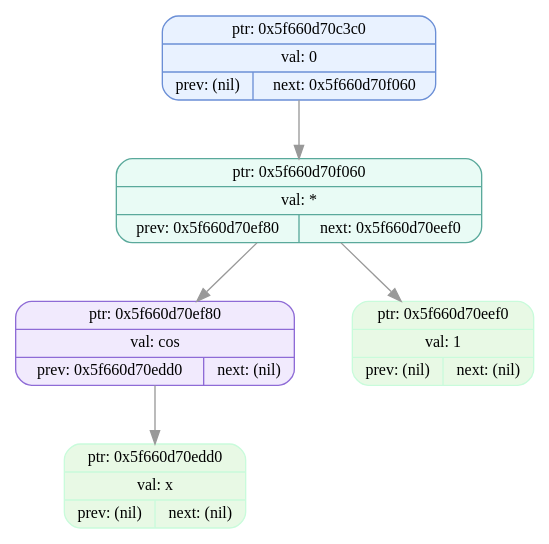
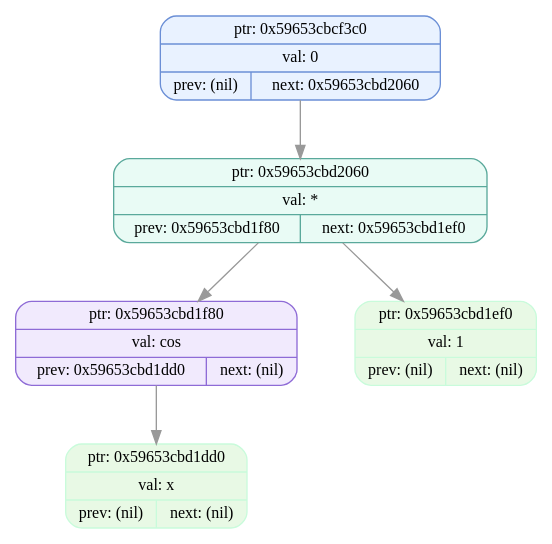
The diagram in dumps/tree_dump_010.dot (EvilTomato9890/Difference), drawn with Graphviz before and after one commit. The commit also changed 39 other files, not shown here.

```diff
--- a/dumps/tree_dump_010.dot
+++ b/dumps/tree_dump_010.dot
@@ -1,13 +1,13 @@
 digraph T{
   node [fontname="Fira Mono",shape=record,style="filled,rounded",fontsize=12];
   graph [splines=true, nodesep=0.6, ranksep=0.6];
-  node_0x5f660d70c3c0[shape=record,label="{ {ptr: 0x5f660d70c3c0} | {val: 0} | { prev: (nil) | next: 0x5f660d70f060 } }",color="#6b8fd6",fillcolor="#e9f2ff"];
-  node_0x5f660d70f060[shape=record,label="{ {ptr: 0x5f660d70f060} | {val: *} | { prev: 0x5f660d70ef80 | next: 0x5f660d70eef0 } }",color="#5aa99b",fillcolor="#e9fbf5"];
-  node_0x5f660d70ef80[shape=record,label="{ {ptr: 0x5f660d70ef80} | {val: cos} | { prev: 0x5f660d70edd0 | next: (nil) } }",color="#8e6bd6",fillcolor="#f1eafd"];
-  node_0x5f660d70edd0[shape=record,label="{ {ptr: 0x5f660d70edd0} | {val: x} | { prev: (nil) | next: (nil) } }",color="#c9fbdbff",fillcolor="#e8f9e5ff"];
-  node_0x5f660d70eef0[shape=record,label="{ {ptr: 0x5f660d70eef0} | {val: 1} | { prev: (nil) | next: (nil) } }",color="#c9fbdbff",fillcolor="#e8f9e5ff"];
-  node_0x5f660d70c3c0 -> node_0x5f660d70f060 [color="#999999"];
-  node_0x5f660d70f060 -> node_0x5f660d70ef80 [color="#999999"];
-  node_0x5f660d70f060 -> node_0x5f660d70eef0 [color="#999999"];
-  node_0x5f660d70ef80 -> node_0x5f660d70edd0 [color="#999999"];
+  node_0x59653cbcf3c0[shape=record,label="{ {ptr: 0x59653cbcf3c0} | {val: 0} | { prev: (nil) | next: 0x59653cbd2060 } }",color="#6b8fd6",fillcolor="#e9f2ff"];
+  node_0x59653cbd2060[shape=record,label="{ {ptr: 0x59653cbd2060} | {val: *} | { prev: 0x59653cbd1f80 | next: 0x59653cbd1ef0 } }",color="#5aa99b",fillcolor="#e9fbf5"];
+  node_0x59653cbd1f80[shape=record,label="{ {ptr: 0x59653cbd1f80} | {val: cos} | { prev: 0x59653cbd1dd0 | next: (nil) } }",color="#8e6bd6",fillcolor="#f1eafd"];
+  node_0x59653cbd1dd0[shape=record,label="{ {ptr: 0x59653cbd1dd0} | {val: x} | { prev: (nil) | next: (nil) } }",color="#c9fbdbff",fillcolor="#e8f9e5ff"];
+  node_0x59653cbd1ef0[shape=record,label="{ {ptr: 0x59653cbd1ef0} | {val: 1} | { prev: (nil) | next: (nil) } }",color="#c9fbdbff",fillcolor="#e8f9e5ff"];
+  node_0x59653cbcf3c0 -> node_0x59653cbd2060 [color="#999999"];
+  node_0x59653cbd2060 -> node_0x59653cbd1f80 [color="#999999"];
+  node_0x59653cbd2060 -> node_0x59653cbd1ef0 [color="#999999"];
+  node_0x59653cbd1f80 -> node_0x59653cbd1dd0 [color="#999999"];
 }
```
